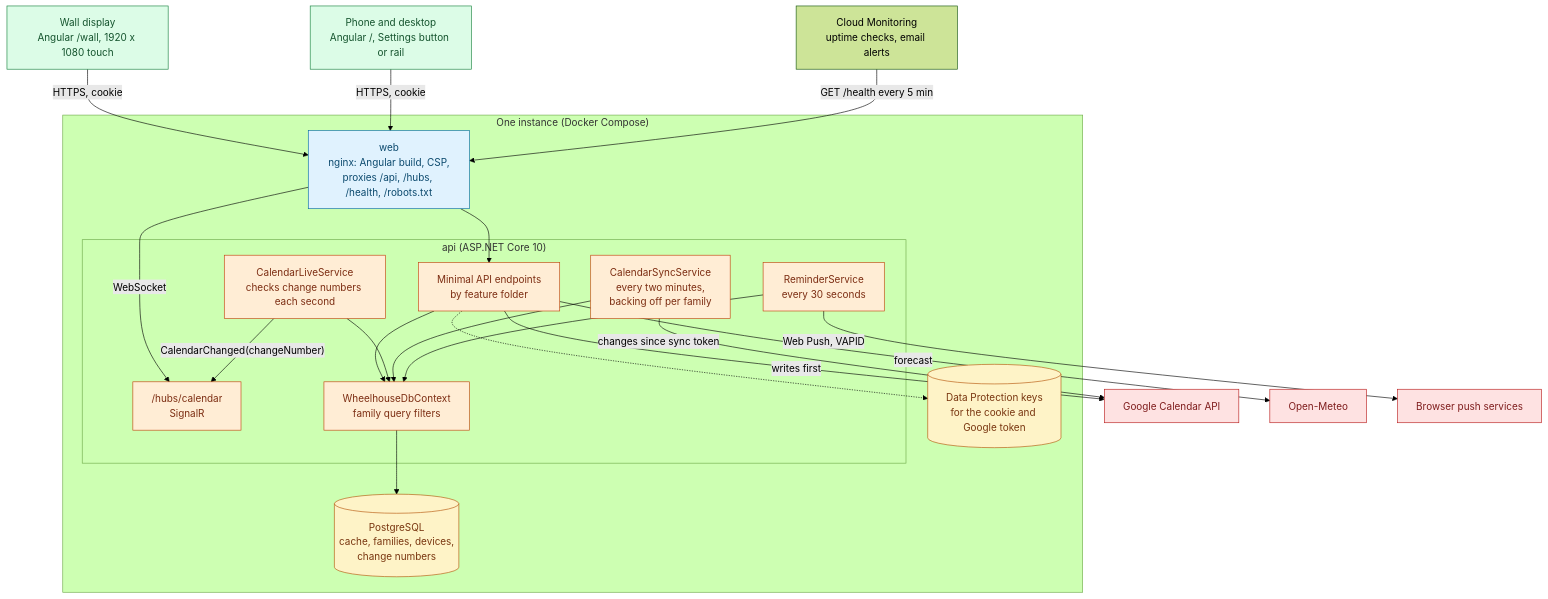
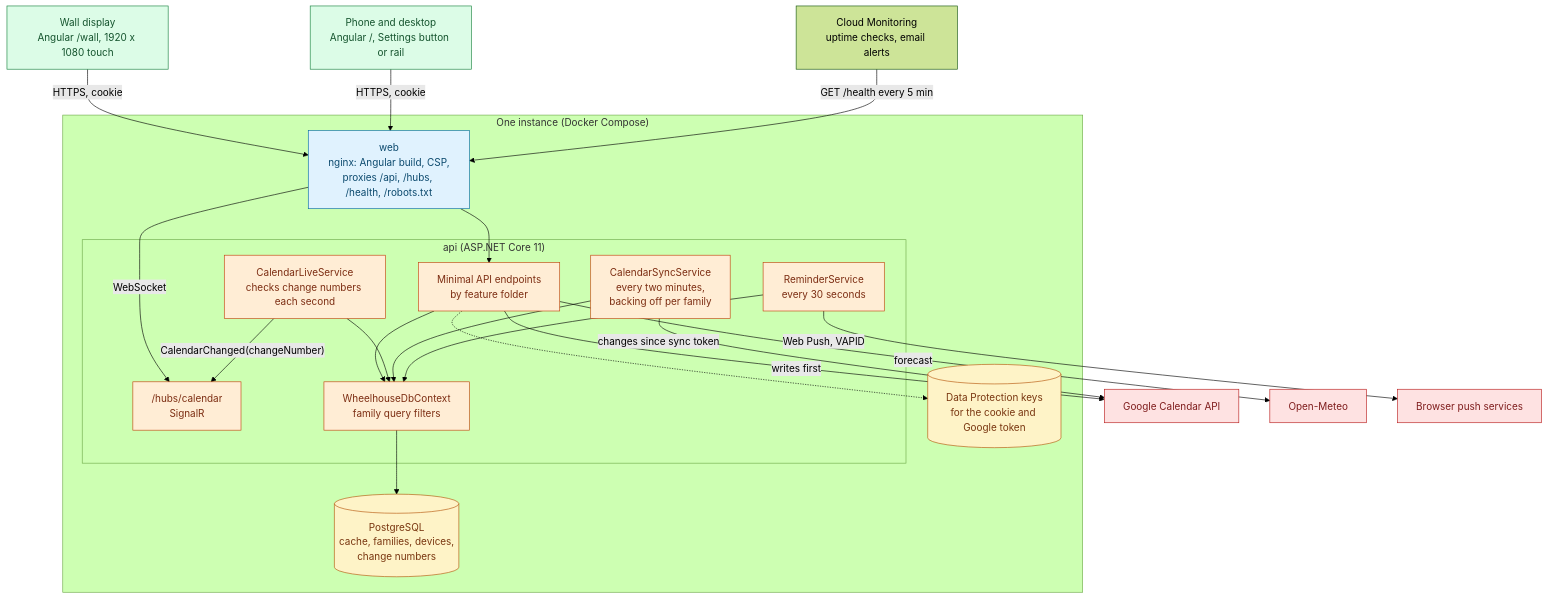
One commit to natezimm/wheelhouse changed the second of 4 diagrams in docs/architecture.md. Above: the diagram before and after it, drawn with Mermaid (forest theme). The commit also changed 29 other files, not shown here.

````diff
--- a/docs/architecture.md
+++ b/docs/architecture.md
@@ -45,51 +45,51 @@
 ```mermaid
 flowchart TB
   Wall["Wall display<br/>Angular /wall, 1920 x 1080 touch"]
   Phone["Phone and desktop<br/>Angular /, Settings button or rail"]
 
   subgraph Instance["One instance (Docker Compose)"]
     Web["web<br/>nginx: Angular build, CSP,<br/>proxies /api, /hubs, /health, /robots.txt"]
-    subgraph Api["api (ASP.NET Core 10)"]
+    subgraph Api["api (ASP.NET Core 11)"]
       Endpoints["Minimal API endpoints<br/>by feature folder"]
       Hub["/hubs/calendar<br/>SignalR"]
       Live["CalendarLiveService<br/>checks change numbers each second"]
       Sync["CalendarSyncService<br/>every two minutes,<br/>backing off per family"]
       Remind["ReminderService<br/>every 30 seconds"]
       Ctx["WheelhouseDbContext<br/>family query filters"]
     end
     Db[("PostgreSQL<br/>cache, families, devices,<br/>change numbers")]
     Keys[("Data Protection keys<br/>for the cookie and Google token")]
   end
 
   Google["Google Calendar API"]
   Meteo["Open-Meteo"]
   Push["Browser push services"]
   Monitor["Cloud Monitoring<br/>uptime checks, email alerts"]
 
   Wall & Phone -->|"HTTPS, cookie"| Web
   Monitor -->|"GET /health every 5 min"| Web
   Web --> Endpoints
   Web -->|"WebSocket"| Hub
   Endpoints --> Ctx
   Live --> Ctx
   Sync --> Ctx
   Remind --> Ctx
   Remind -->|"Web Push, VAPID"| Push
   Ctx --> Db
   Live -->|"CalendarChanged(changeNumber)"| Hub
   Endpoints -->|"writes first"| Google
   Sync -->|"changes since sync token"| Google
   Endpoints -->|"forecast"| Meteo
   Endpoints -.-> Keys
 
   classDef client fill:#dcfce7,stroke:#15803d,color:#14532d
   classDef site fill:#e0f2fe,stroke:#0369a1,color:#0c4a6e
   classDef server fill:#ffedd5,stroke:#c2410c,color:#7c2d12
   classDef data fill:#fef3c7,stroke:#b45309,color:#78350f
   classDef external fill:#fee2e2,stroke:#b91c1c,color:#7f1d1d
   class Wall,Phone client
   class Web site
   class Endpoints,Hub,Live,Sync,Remind,Ctx server
   class Db,Keys data
   class Google,Meteo,Push external
 ```
````
